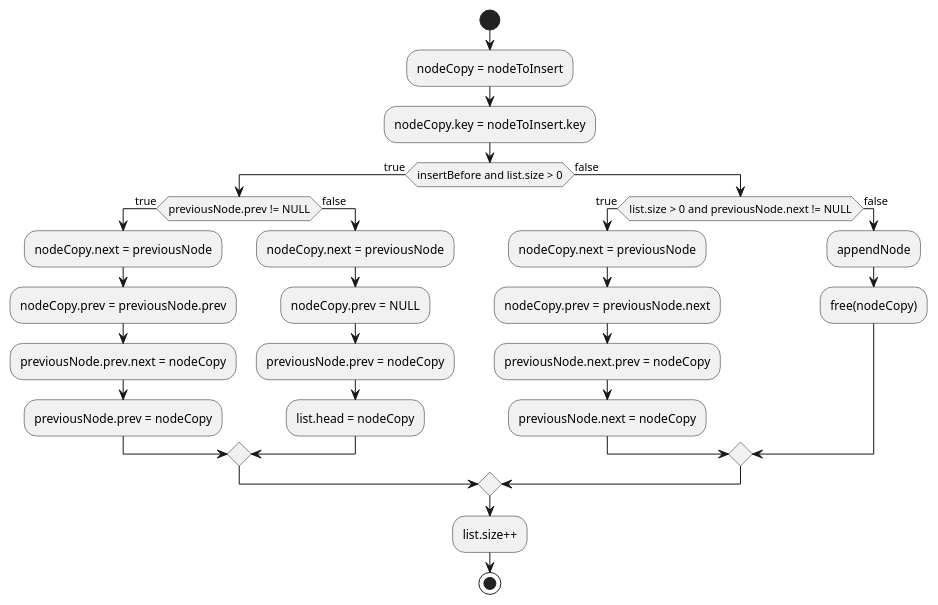
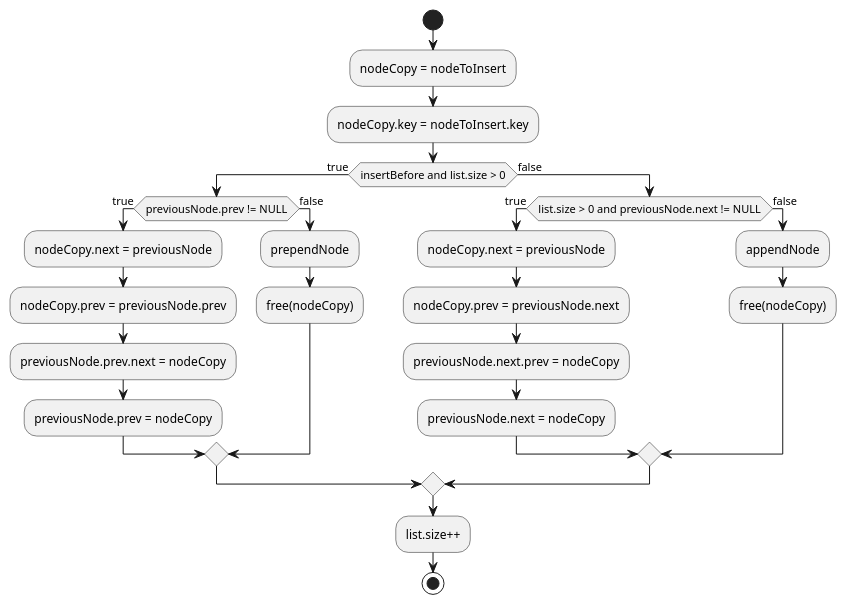
The diagram in diagrams/linked_insert_activity.puml (MikaelFangel/Yukon), drawn with PlantUML before and after one commit.

Commit message:
updated diagram to fit changes in code

```diff
--- a/diagrams/linked_insert_activity.puml
+++ b/diagrams/linked_insert_activity.puml
@@ -1,40 +1,37 @@
 @startuml
 'https://plantuml.com/activity-diagram-beta
 
 start
 :nodeCopy = nodeToInsert;
 :nodeCopy.key = nodeToInsert.key;
 
     if(insertBefore and list.size > 0) then (true)
         if(previousNode.prev != NULL) then (true)
             :nodeCopy.next = previousNode;
             :nodeCopy.prev = previousNode.prev;
             :previousNode.prev.next = nodeCopy;
             :previousNode.prev = nodeCopy;
 
         else (false)
-            :nodeCopy.next = previousNode;
-            :nodeCopy.prev = NULL;
-            :previousNode.prev = nodeCopy;
-            :list.head = nodeCopy;
-
+            :prependNode;
+            :free(nodeCopy);
         endif
     else (false)
         if(list.size > 0 and previousNode.next != NULL) then (true)
             :nodeCopy.next = previousNode;
             :nodeCopy.prev = previousNode.next;
             :previousNode.next.prev = nodeCopy;
             :previousNode.next = nodeCopy;
 
         else (false)
             :appendNode;
             :free(nodeCopy);
         endif
 
 endif
 
 :list.size++;
 
 stop
 
 @enduml
```
